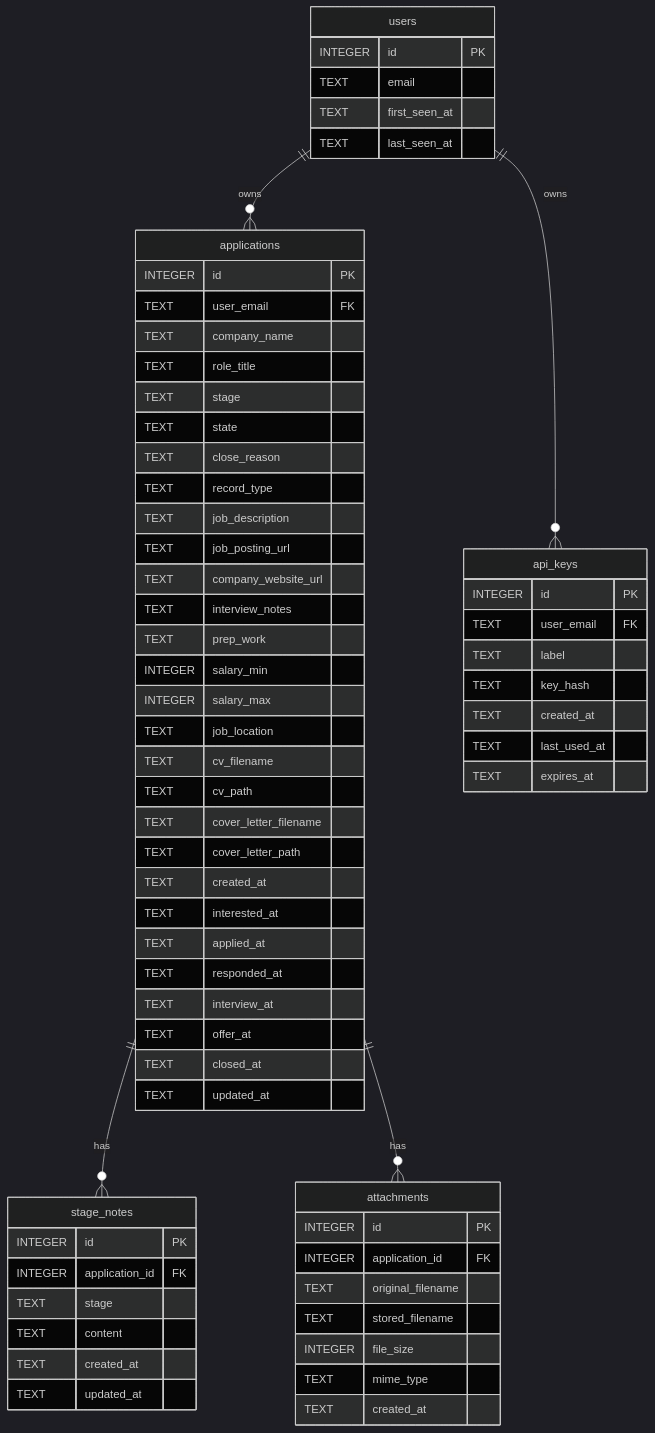
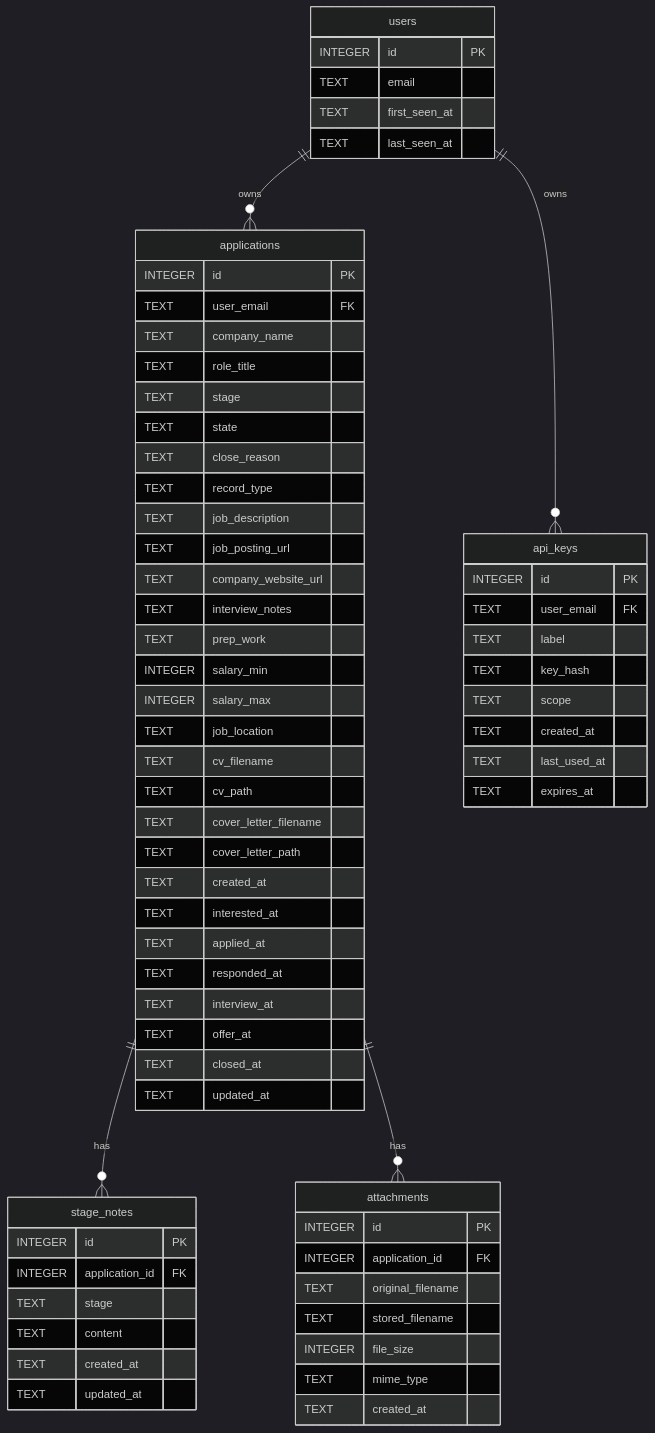
Before and after one commit to fergus/job-tracker: the fourth of 6 diagrams in ARCHITECTURE.md, drawn with Mermaid (dark theme). The commit also changed other lines of this file and 3 other files, not shown here.

````diff
--- a/ARCHITECTURE.md
+++ b/ARCHITECTURE.md
@@ -85,74 +85,75 @@
 ```mermaid
 erDiagram
     users {
         INTEGER id PK
         TEXT email
         TEXT first_seen_at
         TEXT last_seen_at
     }
 
     applications {
         INTEGER id PK
         TEXT user_email FK
         TEXT company_name
         TEXT role_title
         TEXT stage
         TEXT state
         TEXT close_reason
         TEXT record_type
         TEXT job_description
         TEXT job_posting_url
         TEXT company_website_url
         TEXT interview_notes
         TEXT prep_work
         INTEGER salary_min
         INTEGER salary_max
         TEXT job_location
         TEXT cv_filename
         TEXT cv_path
         TEXT cover_letter_filename
         TEXT cover_letter_path
         TEXT created_at
         TEXT interested_at
         TEXT applied_at
         TEXT responded_at
         TEXT interview_at
         TEXT offer_at
         TEXT closed_at
         TEXT updated_at
     }
 
     stage_notes {
         INTEGER id PK
         INTEGER application_id FK
         TEXT stage
         TEXT content
         TEXT created_at
         TEXT updated_at
     }
 
     attachments {
         INTEGER id PK
         INTEGER application_id FK
         TEXT original_filename
         TEXT stored_filename
         INTEGER file_size
         TEXT mime_type
         TEXT created_at
     }
 
     api_keys {
         INTEGER id PK
         TEXT user_email FK
         TEXT label
         TEXT key_hash
+        TEXT scope
         TEXT created_at
         TEXT last_used_at
         TEXT expires_at
     }
 
     users ||--o{ applications : "owns"
     users ||--o{ api_keys : "owns"
     applications ||--o{ stage_notes : "has"
     applications ||--o{ attachments : "has"
 ```
````
